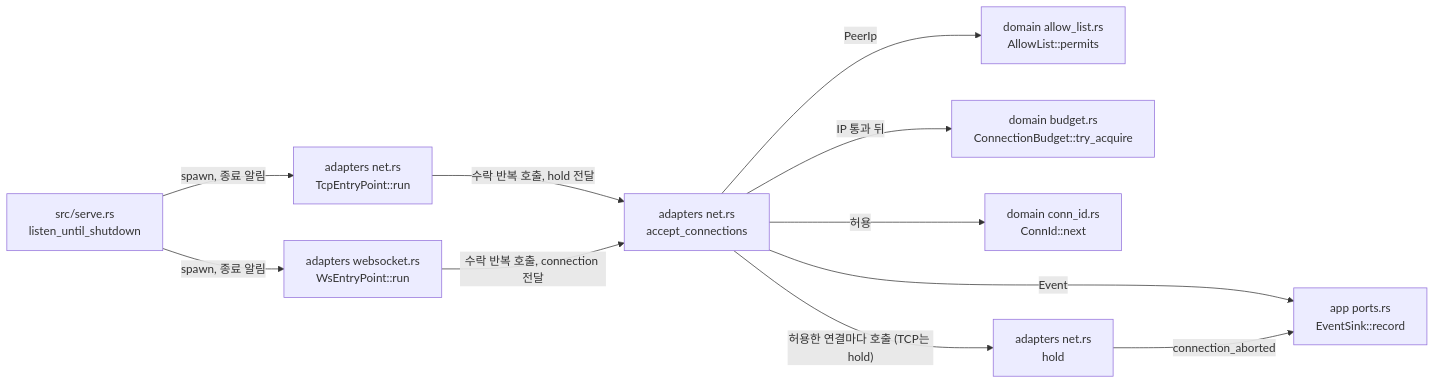
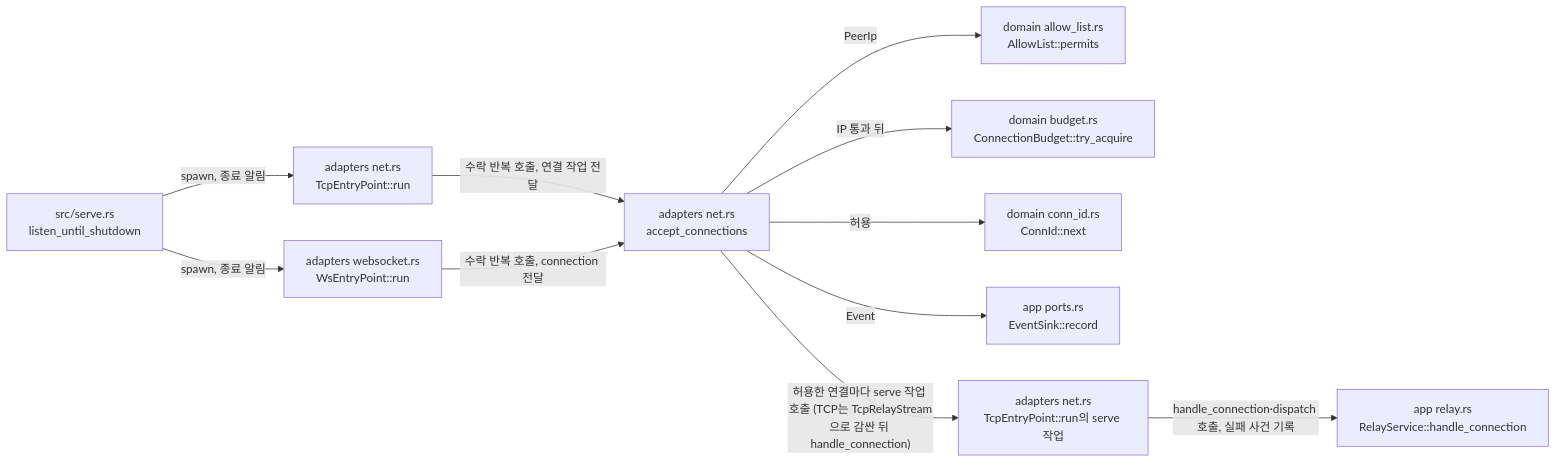
The diagram in docs/architectures/tcp-entry-point.md (kayden-kim/vnc-relay), drawn with Mermaid before and after one commit. The commit also changed other lines of this file and 10 other files, not shown here.

First line of the commit message:
docs(architectures): record WS/WSS relay wiring, review fixes, and TargetConnectionLimit naming

````diff
--- a/docs/architectures/tcp-entry-point.md
+++ b/docs/architectures/tcp-entry-point.md
@@ -44,13 +44,13 @@
 ```mermaid
 flowchart LR
     SERVE["src/serve.rs<br/>listen_until_shutdown"] -->|"spawn, 종료 알림"| EP["adapters net.rs<br/>TcpEntryPoint::run"]
     SERVE -->|"spawn, 종료 알림"| WSEP["adapters websocket.rs<br/>WsEntryPoint::run"]
-    EP -->|"수락 반복 호출, hold 전달"| ACC["adapters net.rs<br/>accept_connections"]
+    EP -->|"수락 반복 호출, 연결 작업 전달"| ACC["adapters net.rs<br/>accept_connections"]
     WSEP -->|"수락 반복 호출, connection 전달"| ACC
     ACC -->|"PeerIp"| ALLOW["domain allow_list.rs<br/>AllowList::permits"]
     ACC -->|"IP 통과 뒤"| BUDGET["domain budget.rs<br/>ConnectionBudget::try_acquire"]
     ACC -->|"허용"| ID["domain conn_id.rs<br/>ConnId::next"]
     ACC -->|"Event"| SINK["app ports.rs<br/>EventSink::record"]
-    ACC -->|"허용한 연결마다 호출 (TCP는 hold)"| HOLD["adapters net.rs<br/>hold"]
-    HOLD -->|"connection_aborted"| SINK
+    ACC -->|"허용한 연결마다 serve 작업 호출 (TCP는 TcpRelayStream으로 감싼 뒤 handle_connection)"| CONN["adapters net.rs<br/>TcpEntryPoint::run의 serve 작업"]
+    CONN -->|"handle_connection·dispatch 호출, 실패 사건 기록"| SVC["app relay.rs<br/>RelayService::handle_connection"]
 ```
````
